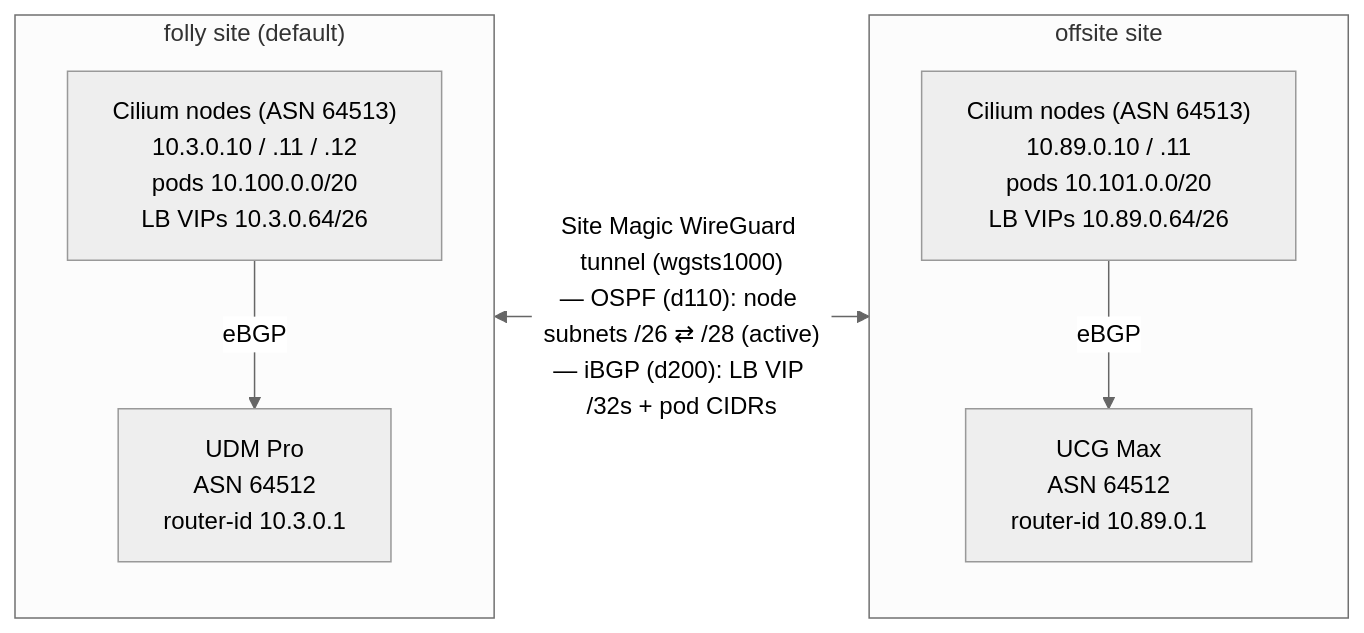
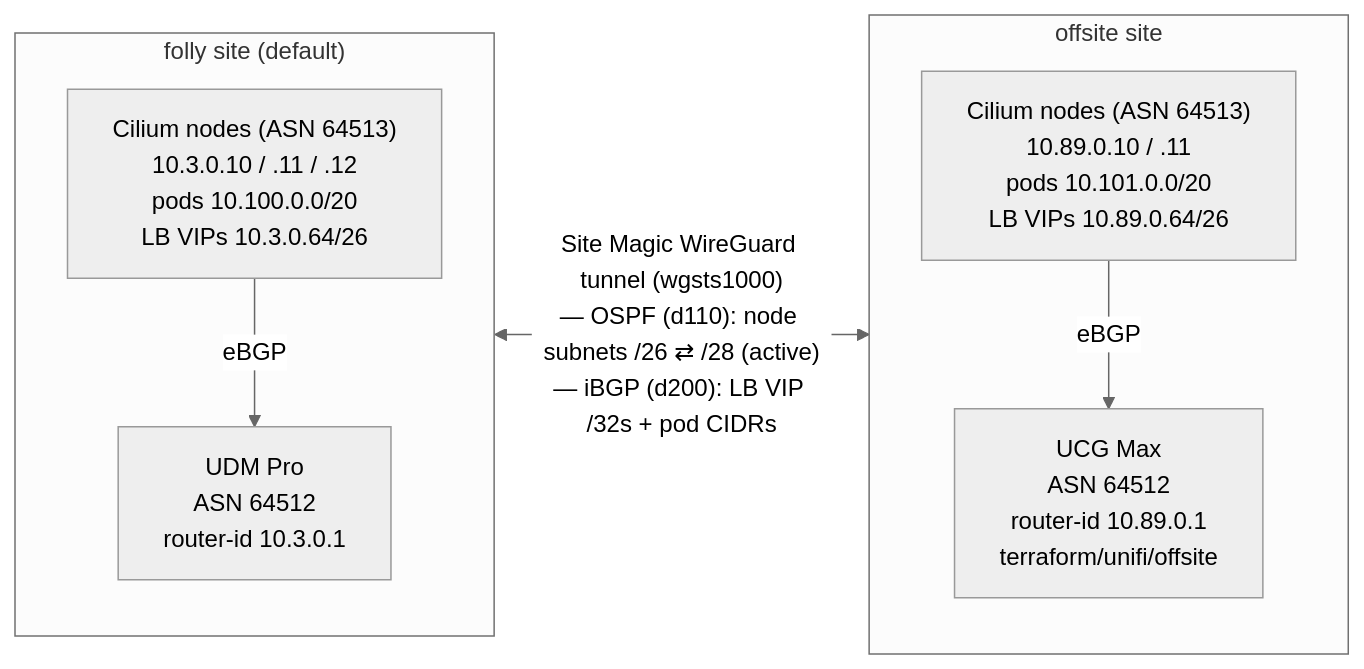
One commit to jonpulsifer/infra changed the diagram in terraform/unifi/README.md. Above: the diagram before and after it, drawn with Mermaid (neutral theme). The commit also changed other lines of this file and 13 other files, not shown here.

Commit message:
feat(unifi): manage offsite console

````diff
--- a/terraform/unifi/README.md
+++ b/terraform/unifi/README.md
@@ -25,18 +27,18 @@
 ```mermaid
 flowchart LR
     subgraph folly["folly site (default)"]
         direction TB
         udm["UDM Pro<br/>ASN 64512<br/>router-id 10.3.0.1"]
         fnodes["Cilium nodes (ASN 64513)<br/>10.3.0.10 / .11 / .12<br/>pods 10.100.0.0/20<br/>LB VIPs 10.3.0.64/26"]
         fnodes -->|eBGP| udm
     end
 
     subgraph offsite["offsite site"]
         direction TB
-        ucg["UCG Max<br/>ASN 64512<br/>router-id 10.89.0.1"]
+        ucg["UCG Max<br/>ASN 64512<br/>router-id 10.89.0.1<br/>terraform/unifi/offsite"]
         onodes["Cilium nodes (ASN 64513)<br/>10.89.0.10 / .11<br/>pods 10.101.0.0/20<br/>LB VIPs 10.89.0.64/26"]
         onodes -->|eBGP| ucg
     end
 
     udm <-->|"Site Magic WireGuard tunnel (wgsts1000)<br/>— OSPF (d110): node subnets /26 ⇄ /28 (active)<br/>— iBGP (d200): LB VIP /32s + pod CIDRs"| ucg
 ```
````
